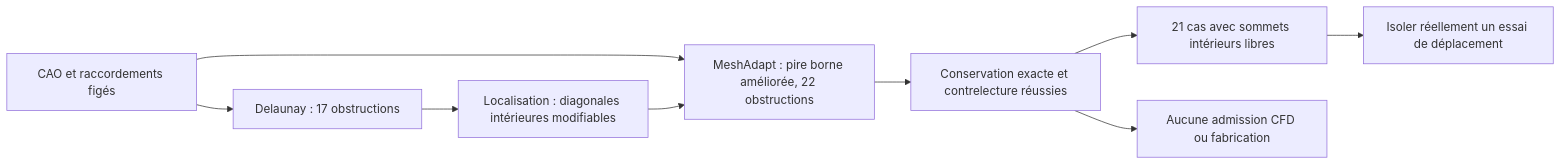
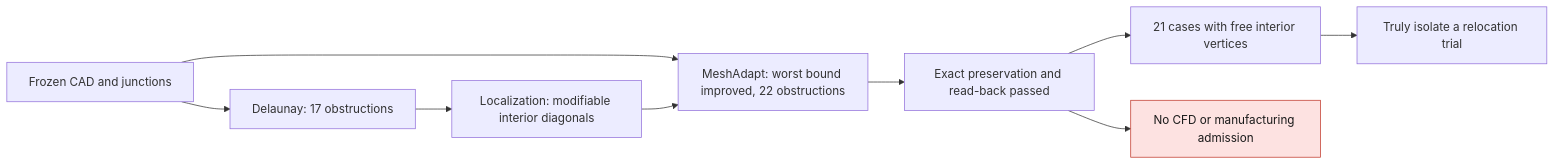
Before and after one commit to cluster2600/porscheparts: the diagram in docs/reports/M64_SURFACE_METHOD_COMPARISON_20260909.md, drawn with Mermaid. The commit also changed other lines of this file and 228 other files, not shown here.

````diff
--- a/docs/reports/M64_SURFACE_METHOD_COMPARISON_20260909.md
+++ b/docs/reports/M64_SURFACE_METHOD_COMPARISON_20260909.md
@@ -92,11 +94,13 @@
 ```mermaid
 flowchart LR
-    A[CAO et raccordements figés] --> B[Delaunay : 17 obstructions]
-    B --> C[Localisation : diagonales intérieures modifiables]
-    A --> D[MeshAdapt : pire borne améliorée, 22 obstructions]
+    A[Frozen CAD and junctions] --> B[Delaunay: 17 obstructions]
+    B --> C[Localization: modifiable interior diagonals]
+    A --> D[MeshAdapt: worst bound improved, 22 obstructions]
     C --> D
-    D --> E[Conservation exacte et contrelecture réussies]
-    E --> F[21 cas avec sommets intérieurs libres]
-    F --> G[Isoler réellement un essai de déplacement]
-    E --> H[Aucune admission CFD ou fabrication]
+    D --> E[Exact preservation and read-back passed]
+    E --> F[21 cases with free interior vertices]
+    F --> G[Truly isolate a relocation trial]
+    E --> H[No CFD or manufacturing admission]
+    classDef stop fill:#fde2e1,stroke:#c0392b,color:#1a1a1a;
+    class H stop;
 ```
````
